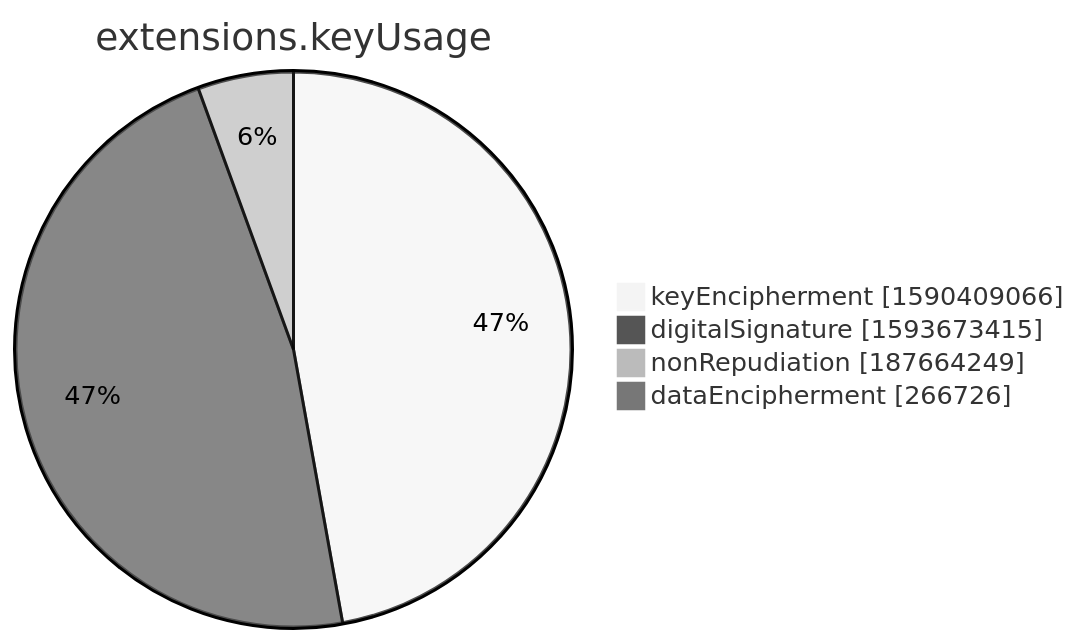
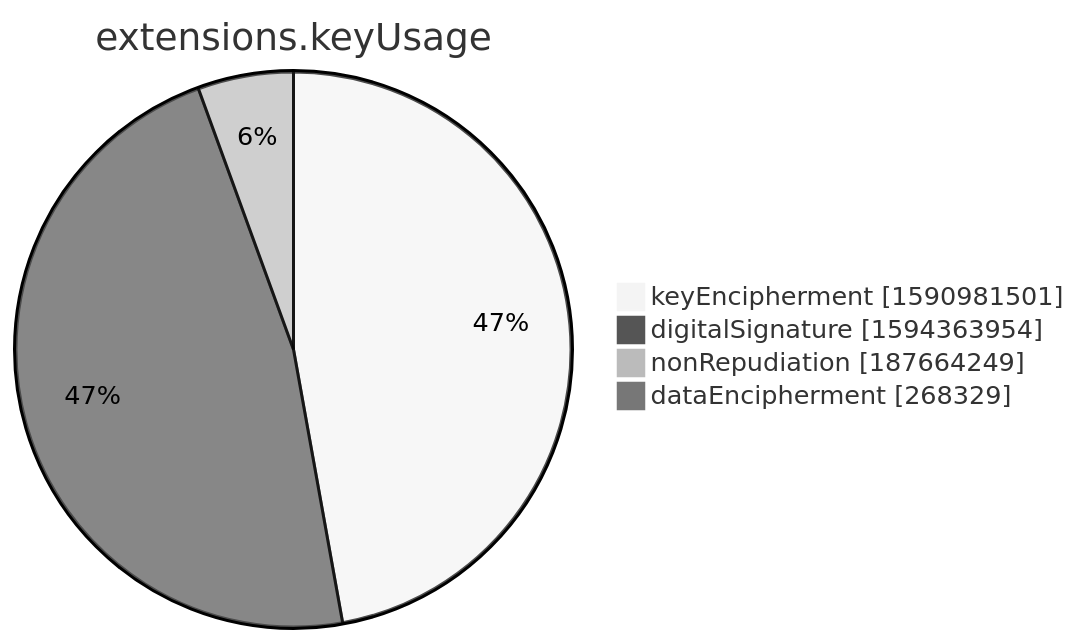
The seventh of 15 diagrams in xenon2022/README.md (christiankrug/ctmonitor_visualization), drawn with Mermaid (neutral theme) before and after one commit. The commit also changed other lines of this file, not shown here.

````diff
--- a/xenon2022/README.md
+++ b/xenon2022/README.md
@@ -2854,8 +2854,8 @@
 ```mermaid
 pie showData
 title extensions.keyUsage
-"keyEncipherment" :1590409066
-"digitalSignature" :1593673415
+"keyEncipherment" :1590981501
+"digitalSignature" :1594363954
 "nonRepudiation" :187664249
-"dataEncipherment" :266726
+"dataEncipherment" :268329
 ```
````
